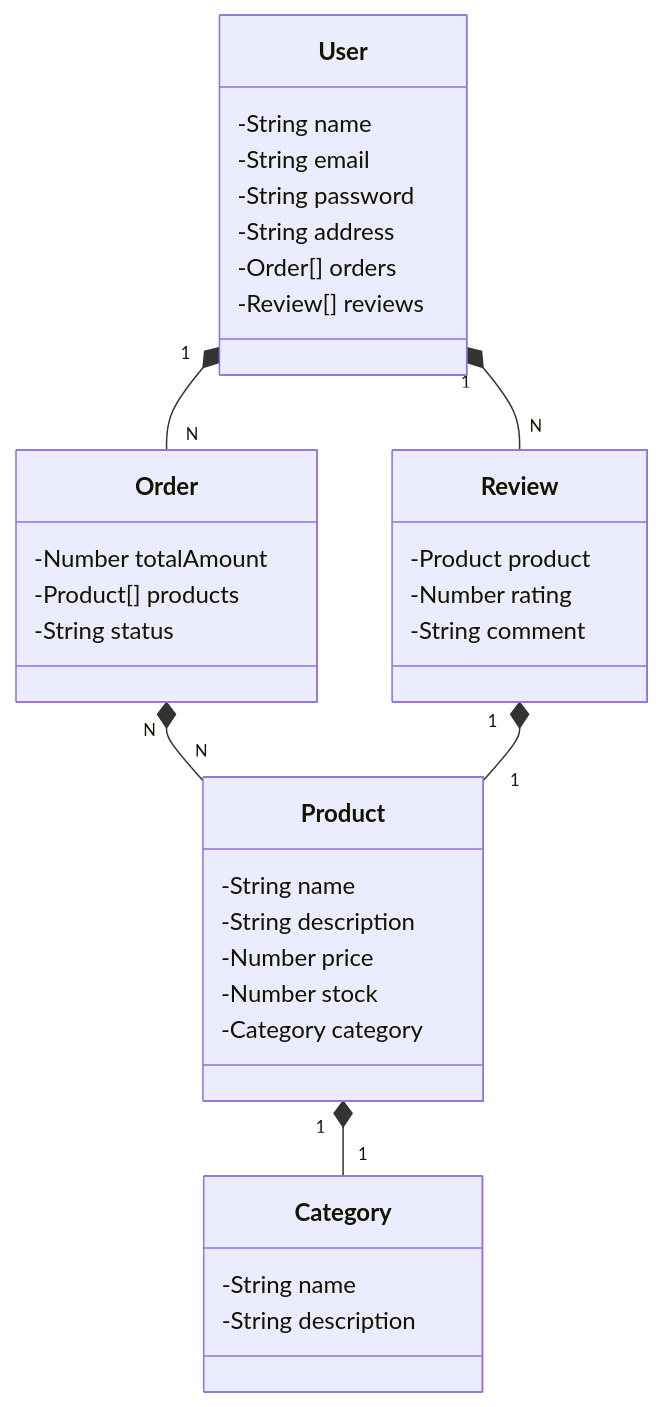
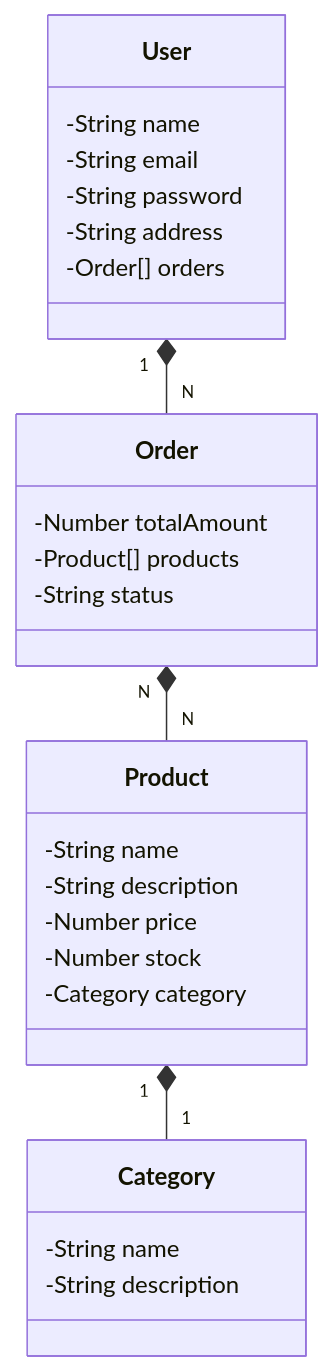
One commit to Fasboyr/santander-bootcamp-2024 changed the diagram in README.md. Above: the diagram before and after it, drawn with Mermaid.

````diff
--- a/README.md
+++ b/README.md
@@ -6,43 +6,35 @@
 ```mermaid
 
 classDiagram
     class User {
         -String name
         -String email
         -String password
         -String address
         -Order[] orders
-        -Review[] reviews
     }
 
     class Product {
         -String name
         -String description
         -Number price
         -Number stock
         -Category category
     }
 
     class Category {
         -String name
         -String description
     }
 
     class Order {
         -Number totalAmount
         -Product[] products
         -String status
     }
 
-    class Review {
-        -Product product
-        -Number rating
-        -String comment
-    }
 
     User "1" *-- "N" Order
-    User "1" *-- "N" Review
     Product "1" *-- "1" Category
     Order "N" *-- "N" Product
-    Review "1" *-- "1" Product
 ```
````
